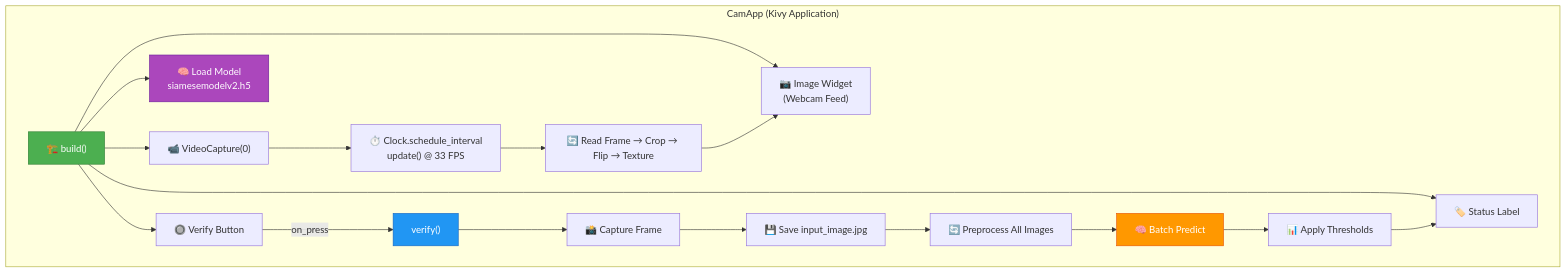
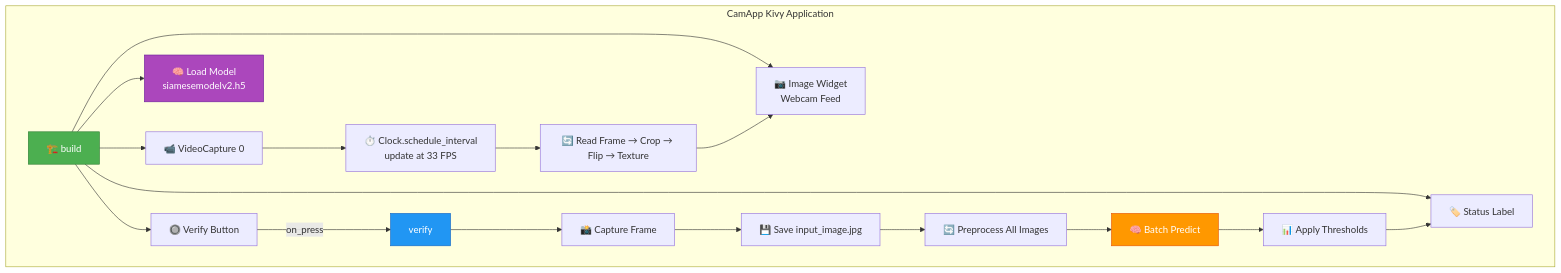
One commit to Paragiscool/Face_verification_ml_project changed diagram 15 of 20 in README.md. Above: the diagram before and after it, drawn with Mermaid. The commit also changed other lines of this file, not shown here.

Commit message:
docs: Refine README with Quick Start, Math Foundations, Troubleshooting, References, state diagrams

````diff
--- a/README.md
+++ b/README.md
@@ -474,27 +651,27 @@
 ```mermaid
 graph TD
-    subgraph "CamApp (Kivy Application)"
-        A["🏗️ build()"] --> B["📷 Image Widget<br/>(Webcam Feed)"]
+    subgraph "CamApp Kivy Application"
+        A["🏗️ build"] --> B["📷 Image Widget<br/>Webcam Feed"]
         A --> C["🔘 Verify Button"]
         A --> D["🏷️ Status Label"]
         A --> E["🧠 Load Model<br/>siamesemodelv2.h5"]
-        A --> F["📹 VideoCapture(0)"]
+        A --> F["📹 VideoCapture 0"]
         
-        F --> G["⏱️ Clock.schedule_interval<br/>update() @ 33 FPS"]
+        F --> G["⏱️ Clock.schedule_interval<br/>update at 33 FPS"]
         G --> H["🔄 Read Frame → Crop → Flip → Texture"]
         H --> B
         
-        C -->|on_press| I["verify()"]
+        C -->|on_press| I["verify"]
         I --> J["📸 Capture Frame"]
         J --> K["💾 Save input_image.jpg"]
         K --> L["🔄 Preprocess All Images"]
         L --> M["🧠 Batch Predict"]
         M --> N["📊 Apply Thresholds"]
         N --> D
     end
 
     style A fill:#4CAF50,stroke:#2E7D32,color:#fff
     style E fill:#AB47BC,stroke:#6A1B9A,color:#fff
     style I fill:#2196F3,stroke:#1565C0,color:#fff
     style M fill:#FF9800,stroke:#E65100,color:#fff
 ```
````
